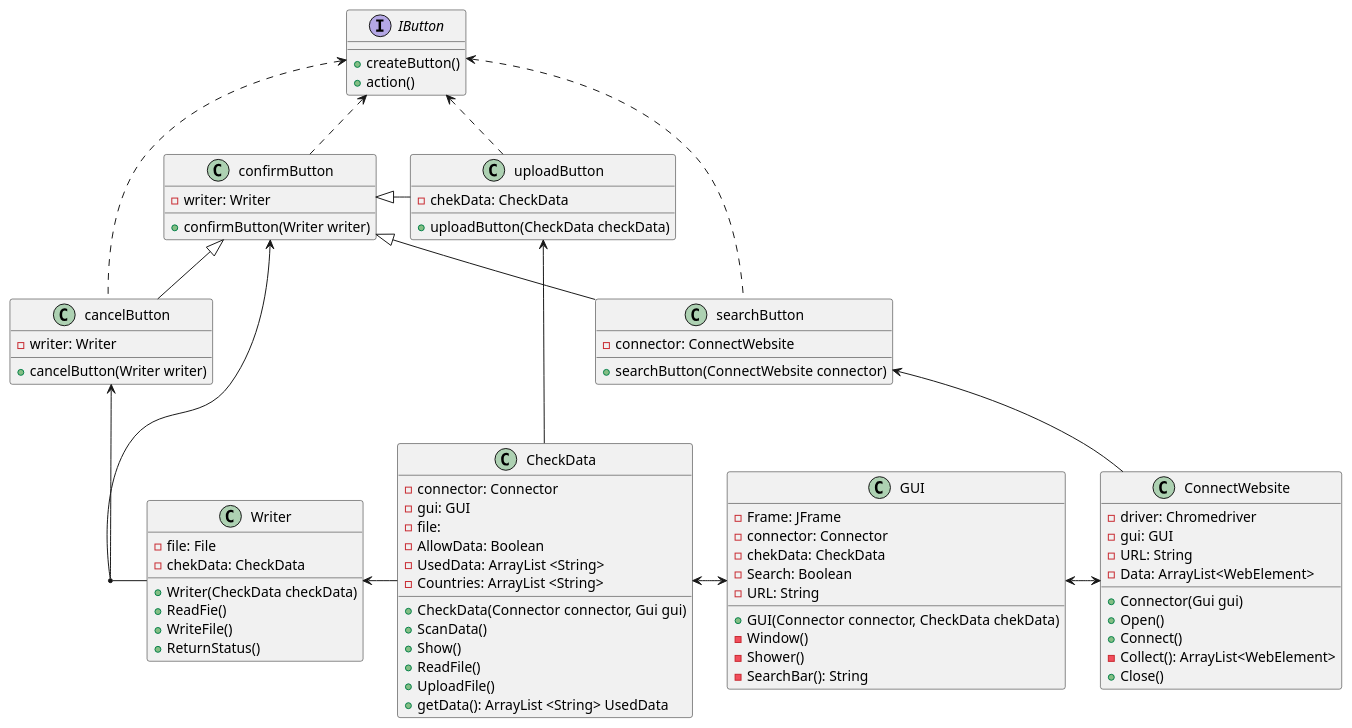
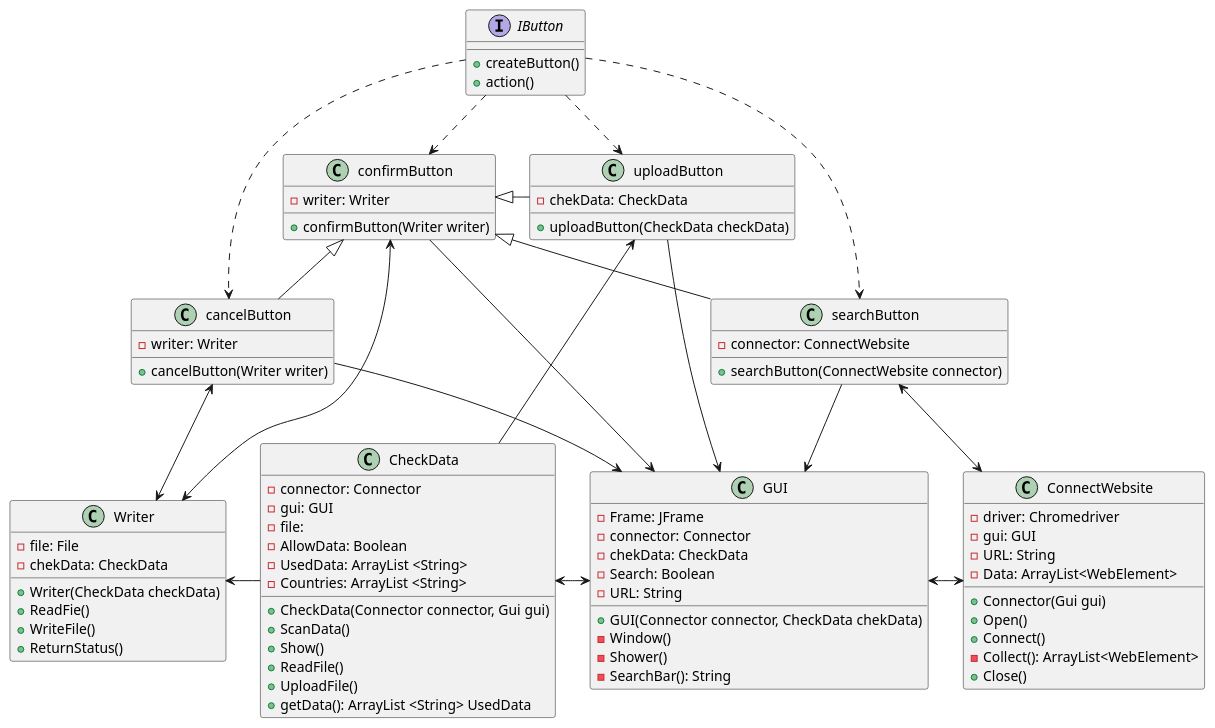
One commit to Jarnovis/De_Staten_Scanner_-Excel_Versie- changed the diagram in UML- en tetxtfiles/UML 2.0.puml. Above: the diagram before and after it, drawn with PlantUML. The commit also changed 6 other files, not shown here.

```diff
--- a/UML- en tetxtfiles/UML 2.0.puml
+++ b/UML- en tetxtfiles/UML 2.0.puml
@@ -1,105 +1,111 @@
 @startuml
 'https://plantuml.com/sequence-diagram
 
 class ConnectWebsite{
     - driver: Chromedriver
     - gui: GUI
     - URL: String
     - Data: ArrayList<WebElement>
 
     + Connector(Gui gui)
     + Open()
     + Connect()
     - Collect(): ArrayList<WebElement>
     + Close()
 }
 
 class Writer{
     - file: File
     - chekData: CheckData
 
     + Writer(CheckData checkData)
     + ReadFie()
     + WriteFile()
     + ReturnStatus()
 }
 
 class CheckData{
     - connector: Connector
     - gui: GUI
     - file:
     - AllowData: Boolean
     - UsedData: ArrayList <String>
     - Countries: ArrayList <String>
 
     + CheckData(Connector connector, Gui gui)
     + ScanData()
     + Show()
     + ReadFile()
     + UploadFile()
     + getData(): ArrayList <String> UsedData
  }
 
 class GUI{
     - Frame: JFrame
     - connector: Connector
     - chekData: CheckData
     - Search: Boolean
     - URL: String
 
     + GUI(Connector connector, CheckData chekData)
     - Window()
     - Shower()
     - SearchBar(): String
 }
 
 interface IButton{
     + createButton()
     + action()
 }
 
 class uploadButton{
     - chekData: CheckData
 
     + uploadButton(CheckData checkData)
 }
 
 class confirmButton{
     - writer: Writer
 
     + confirmButton(Writer writer)
 }
 
 class cancelButton{
     - writer: Writer
 
     + cancelButton(Writer writer)
 }
 
 class searchButton{
     - connector: ConnectWebsite
 
     + searchButton(ConnectWebsite connector)
 }
 
-IButton <.. uploadButton
-IButton <.. confirmButton
-IButton <.. cancelButton
-IButton <.. searchButton
+IButton ..> uploadButton
+IButton ..> confirmButton
+IButton ..> cancelButton
+IButton ..> searchButton
 
 GUI <-> ConnectWebsite
 
 CheckData <-> GUI
 
 Writer <- CheckData
 
 uploadButton <- CheckData
-confirmButton <- Writer
-cancelButton <- (confirmButton, Writer)
-searchButton <- ConnectWebsite
+confirmButton <-> Writer
+cancelButton <--> Writer
+searchButton <-> ConnectWebsite
 
 confirmButton <|- uploadButton
 confirmButton <|-- cancelButton
 confirmButton <|-- searchButton
 
+uploadButton -> GUI
+confirmButton -> GUI
+cancelButton -> GUI
+searchButton -> GUI
+
+
 @enduml
```
